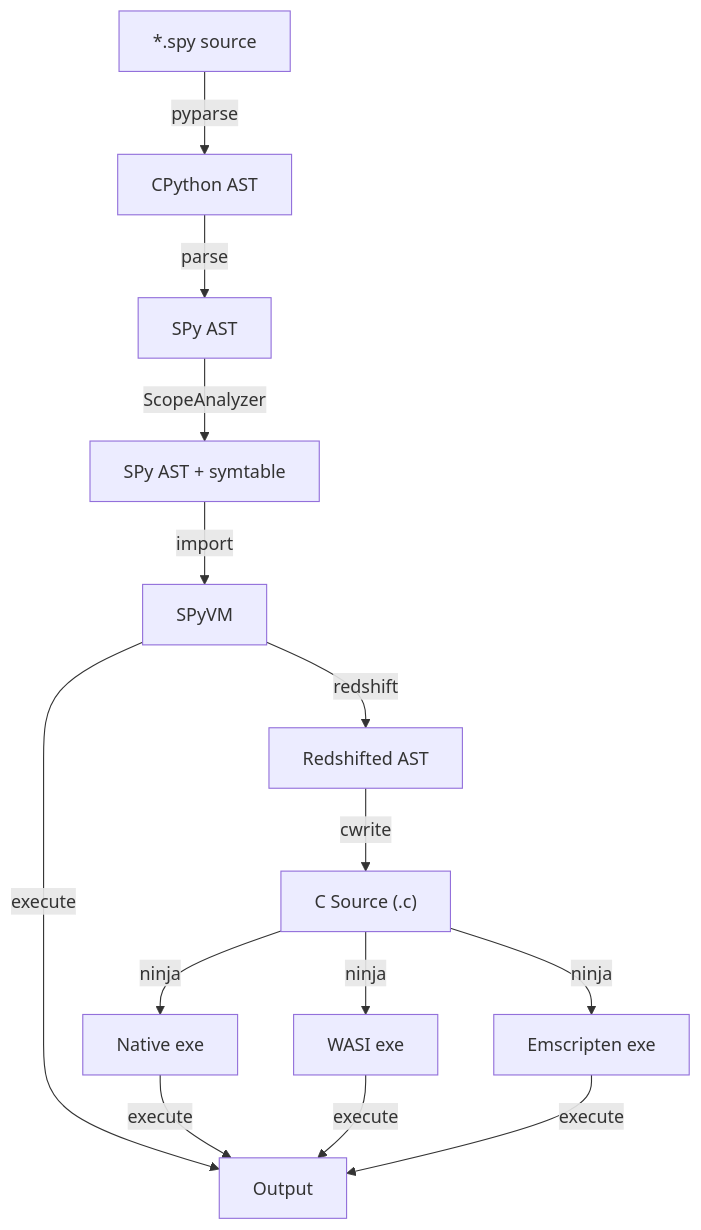
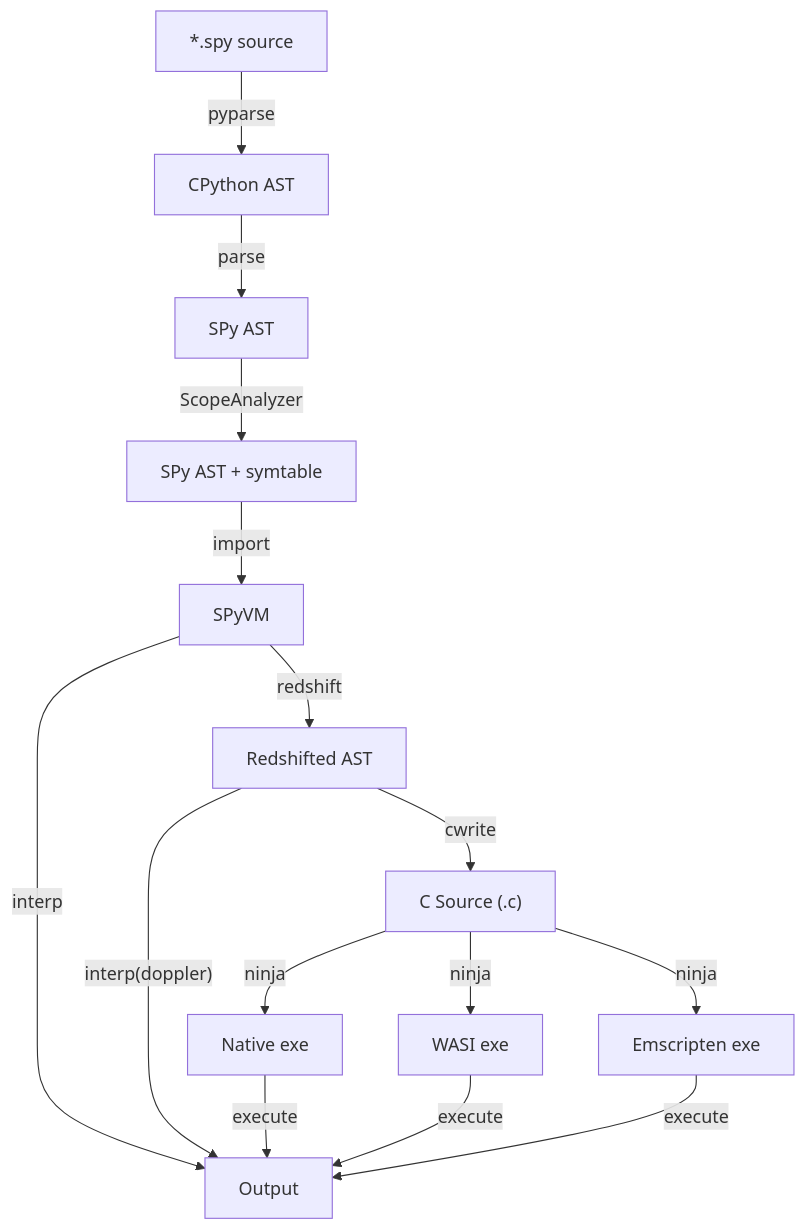
The diagram in blog/posts/2026/03-spy-semantics/index.md (antocuni/antocuni.github.io), drawn with Mermaid before and after one commit. The commit also changed other lines of this file, not shown here.

Commit message:
add support for mermaid diagrams

````diff
--- a/blog/posts/2026/03-spy-semantics/index.md
+++ b/blog/posts/2026/03-spy-semantics/index.md
@@ -96,23 +97,24 @@
 ```mermaid
 graph TD
 
     SRC["*.spy source"]
     PYAST["CPython AST"]
     AST["SPy AST"]
     SYMAST["SPy AST + symtable"]
     SPyVM["SPyVM"]
     REDSHIFTED["Redshifted AST"]
     OUT["Output"]
     C["C Source (.c)"]
     EXE_NAT["Native exe"]
     EXE_WASI["WASI exe"]
     EXE_EM["Emscripten exe"]
 
     %% Core pipeline
     SRC -- pyparse --> PYAST -- parse --> AST -- ScopeAnalyzer --> SYMAST
-    SYMAST -- import --> SPyVM -- execute --> OUT
+    SYMAST -- import --> SPyVM -- interp --> OUT
     SPyVM -- redshift --> REDSHIFTED -- cwrite --> C
+    REDSHIFTED -- interp(doppler) --> OUT
     C -- ninja --> EXE_NAT -- execute --> OUT
     C -- ninja --> EXE_WASI -- execute --> OUT
     C -- ninja --> EXE_EM -- execute --> OUT
 ```
````
